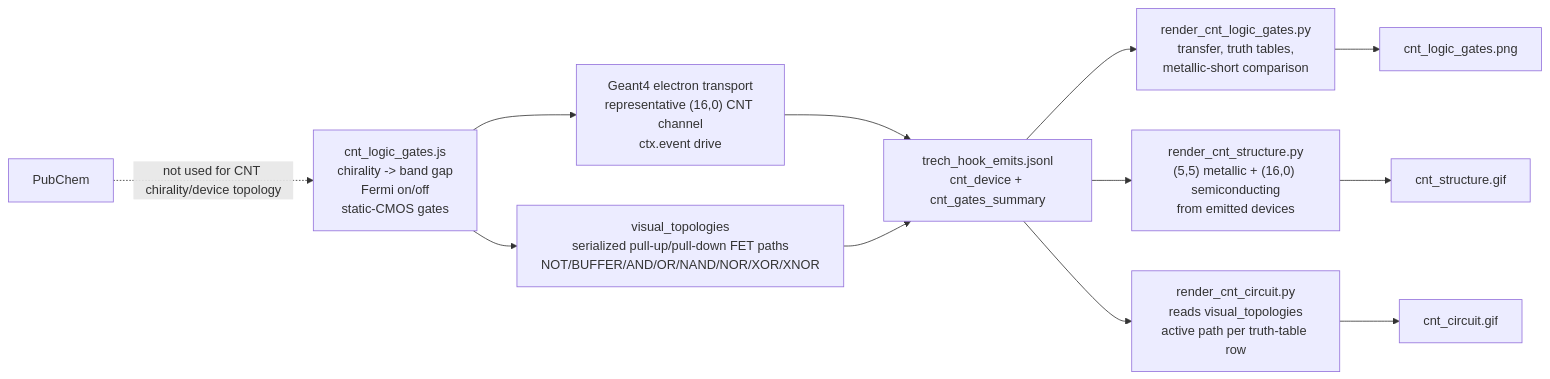
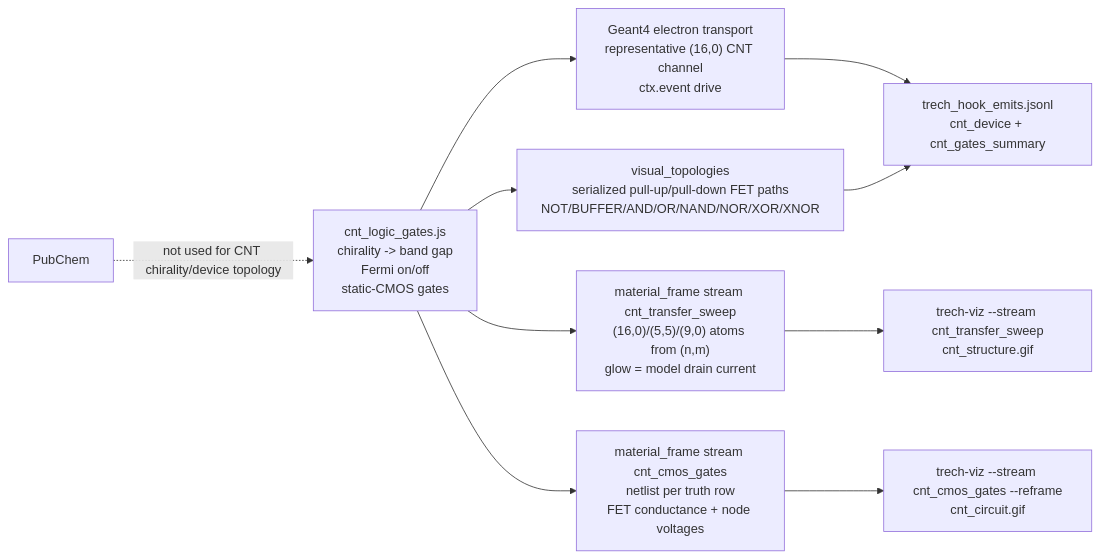
One commit to Geckos-Ink/trech changed the ninth of 27 diagrams in CHARTS.md. Above: the diagram before and after it, drawn with Mermaid. The commit also changed other lines of this file and 135 other files, not shown here.

First line of the commit message:
Make README animations legible 3D replays with charts

````diff
--- a/CHARTS.md
+++ b/CHARTS.md
@@ -189,14 +193,12 @@
 ```mermaid
 flowchart LR
   CNTJS["cnt_logic_gates.js\nchirality -> band gap\nFermi on/off\nstatic-CMOS gates"] --> G4CNT["Geant4 electron transport\nrepresentative (16,0) CNT channel\nctx.event drive"]
   CNTJS --> TOPO["visual_topologies\nserialized pull-up/pull-down FET paths\nNOT/BUFFER/AND/OR/NAND/NOR/XOR/XNOR"]
   G4CNT --> EMITCNT["trech_hook_emits.jsonl\ncnt_device + cnt_gates_summary"]
   TOPO --> EMITCNT
-  EMITCNT --> PLOT["render_cnt_logic_gates.py\ntransfer, truth tables,\nmetallic-short comparison"]
-  EMITCNT --> TUBES["render_cnt_structure.py\n(5,5) metallic + (16,0) semiconducting\nfrom emitted devices"]
-  EMITCNT --> CIRCUIT["render_cnt_circuit.py\nreads visual_topologies\nactive path per truth-table row"]
-  PLOT --> PNG["cnt_logic_gates.png"]
-  TUBES --> GIF1["cnt_structure.gif"]
-  CIRCUIT --> GIF2["cnt_circuit.gif"]
+  CNTJS --> MF1["material_frame stream cnt_transfer_sweep\n(16,0)/(5,5)/(9,0) atoms from (n,m)\nglow = model drain current"]
+  CNTJS --> MF2["material_frame stream cnt_cmos_gates\nnetlist per truth row\nFET conductance + node voltages"]
+  MF1 --> GIF1["trech-viz --stream cnt_transfer_sweep\ncnt_structure.gif"]
+  MF2 --> GIF2["trech-viz --stream cnt_cmos_gates --reframe\ncnt_circuit.gif"]
   PUBNA["PubChem"] -.->|"not used for CNT chirality/device topology"| CNTJS
 ```
````
